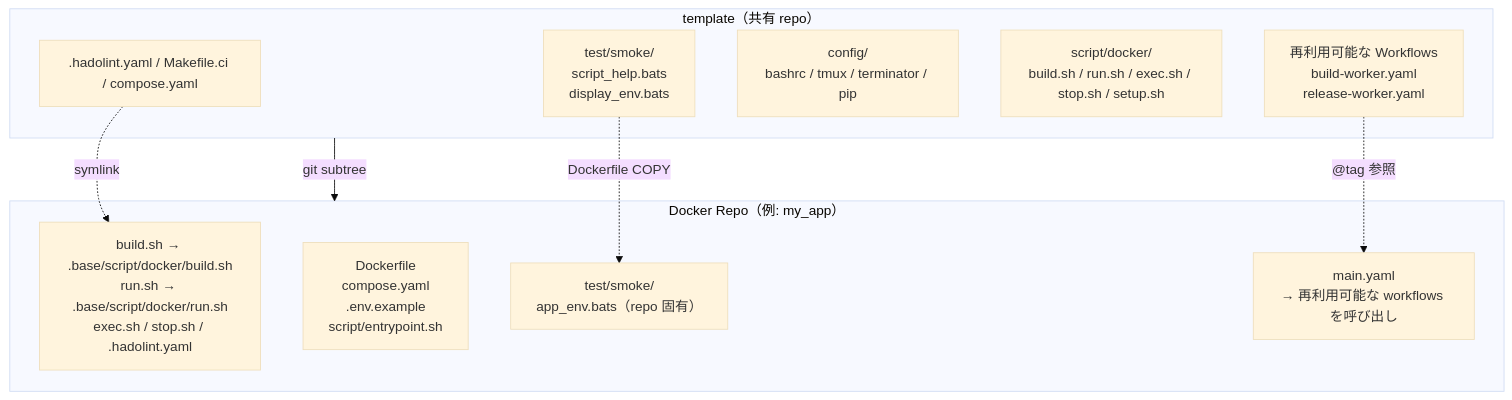
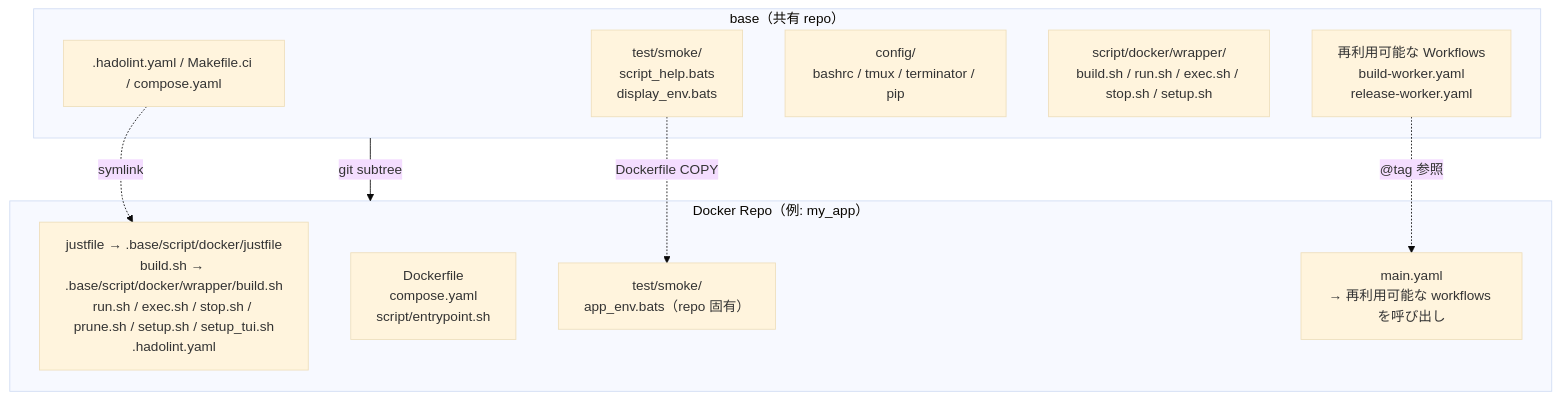
The first of 2 diagrams in .base/doc/readme/README.ja.md (ycpss91255-docker/codex_cli), drawn with Mermaid (base theme) before and after one commit. The commit also changed other lines of this file and 137 other files, not shown here.

First line of the commit message:
chore: upgrade .base subtree to v0.41.0 (#59)

````diff
--- a/.base/doc/readme/README.ja.md
+++ b/.base/doc/readme/README.ja.md
@@ -56,22 +56,22 @@
 ```mermaid
 graph TB
-    subgraph template["template（共有 repo）"]
+    subgraph base["base（共有 repo）"]
         scripts[".hadolint.yaml / Makefile.ci / compose.yaml"]
         smoke["test/smoke/<br/>script_help.bats<br/>display_env.bats"]
         config["config/<br/>bashrc / tmux / terminator / pip"]
-        mgmt["script/docker/<br/>build.sh / run.sh / exec.sh / stop.sh / setup.sh"]
+        mgmt["script/docker/wrapper/<br/>build.sh / run.sh / exec.sh / stop.sh / setup.sh"]
         workflows["再利用可能な Workflows<br/>build-worker.yaml<br/>release-worker.yaml"]
     end
 
     subgraph consumer["Docker Repo（例: my_app）"]
-        symlinks["build.sh → .base/script/docker/build.sh<br/>run.sh → .base/script/docker/run.sh<br/>exec.sh / stop.sh / .hadolint.yaml"]
-        dockerfile["Dockerfile<br/>compose.yaml<br/>.env.example<br/>script/entrypoint.sh"]
+        symlinks["justfile → .base/script/docker/justfile<br/>build.sh → .base/script/docker/wrapper/build.sh<br/>run.sh / exec.sh / stop.sh / prune.sh / setup.sh / setup_tui.sh<br/>.hadolint.yaml"]
+        dockerfile["Dockerfile<br/>compose.yaml<br/>script/entrypoint.sh"]
         repo_test["test/smoke/<br/>app_env.bats（repo 固有）"]
         main_yaml["main.yaml<br/>→ 再利用可能な workflows を呼び出し"]
     end
 
-    template -- "git subtree" --> consumer
+    base -- "git subtree" --> consumer
     scripts -. "symlink" .-> symlinks
     smoke -. "Dockerfile COPY" .-> repo_test
     workflows -. "@tag 参照" .-> main_yaml
 ```
````
